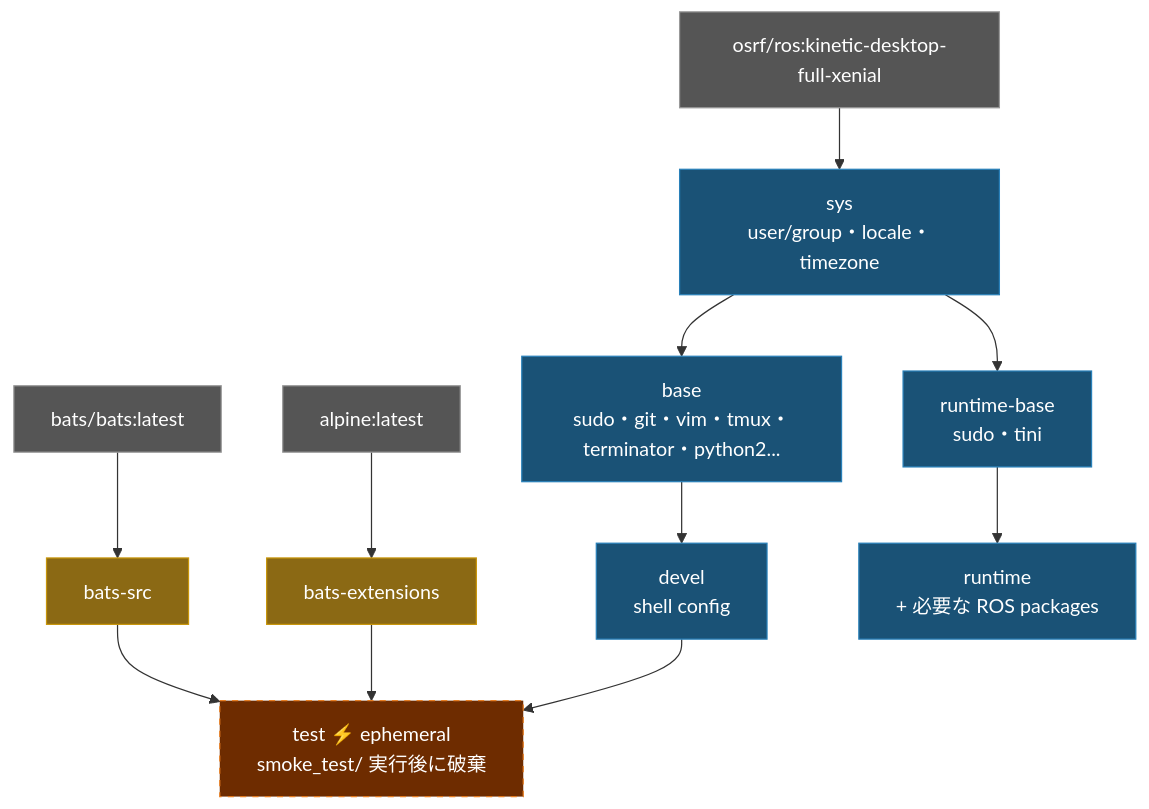
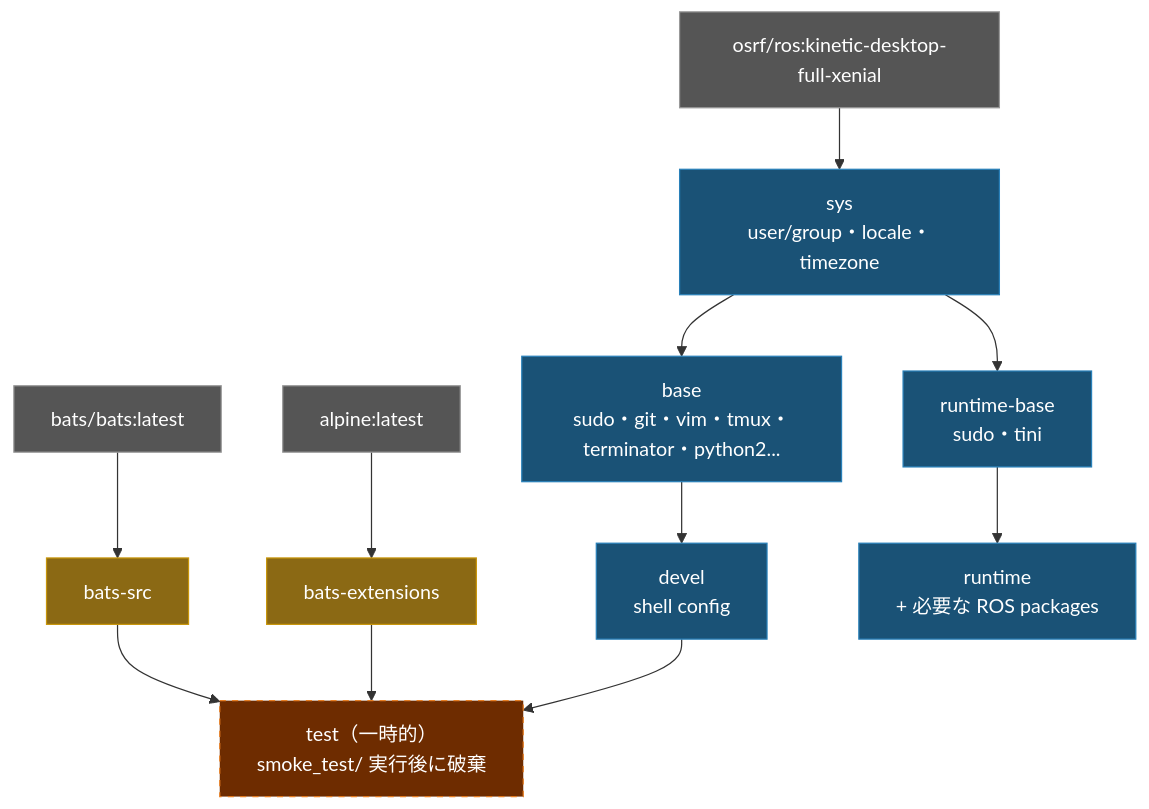
The diagram in doc/README.ja.md (ycpss91255-docker/osrf_ros_kinetic), drawn with Mermaid before and after one commit. The commit also changed 3 other files, not shown here.

Commit message:
docs: remove ⚡ emoji and translate ephemeral in architecture diagrams

````diff
--- a/doc/README.ja.md
+++ b/doc/README.ja.md
@@ -235,26 +235,26 @@
 ```mermaid
 graph TD
     EXT1["bats/bats:latest"]:::external
     EXT2["alpine:latest"]:::external
     EXT3["osrf/ros:kinetic-desktop-full-xenial"]:::external
 
     EXT1 --> bats-src["bats-src"]:::tool
     EXT2 --> bats-ext["bats-extensions"]:::tool
 
     EXT3 --> sys["sys\nuser/group・locale・timezone"]:::stage
 
     sys --> base["base\nsudo・git・vim・tmux・terminator・python2..."]:::stage
     base --> devel["devel\nshell config"]:::stage
 
-    bats-src --> test["test  ⚡ ephemeral\nsmoke_test/ 実行後に破棄"]:::ephemeral
+    bats-src --> test["test（一時的）\nsmoke_test/ 実行後に破棄"]:::ephemeral
     bats-ext --> test
     devel --> test
 
     sys --> runtime-base["runtime-base\nsudo・tini"]:::stage
     runtime-base --> runtime["runtime\n+ 必要な ROS packages"]:::stage
 
     classDef external fill:#555,color:#fff,stroke:#999
     classDef tool fill:#8B6914,color:#fff,stroke:#c8960c
     classDef stage fill:#1a5276,color:#fff,stroke:#2980b9
     classDef ephemeral fill:#6e2c00,color:#fff,stroke:#e67e22,stroke-dasharray:5 5
 ```
````
